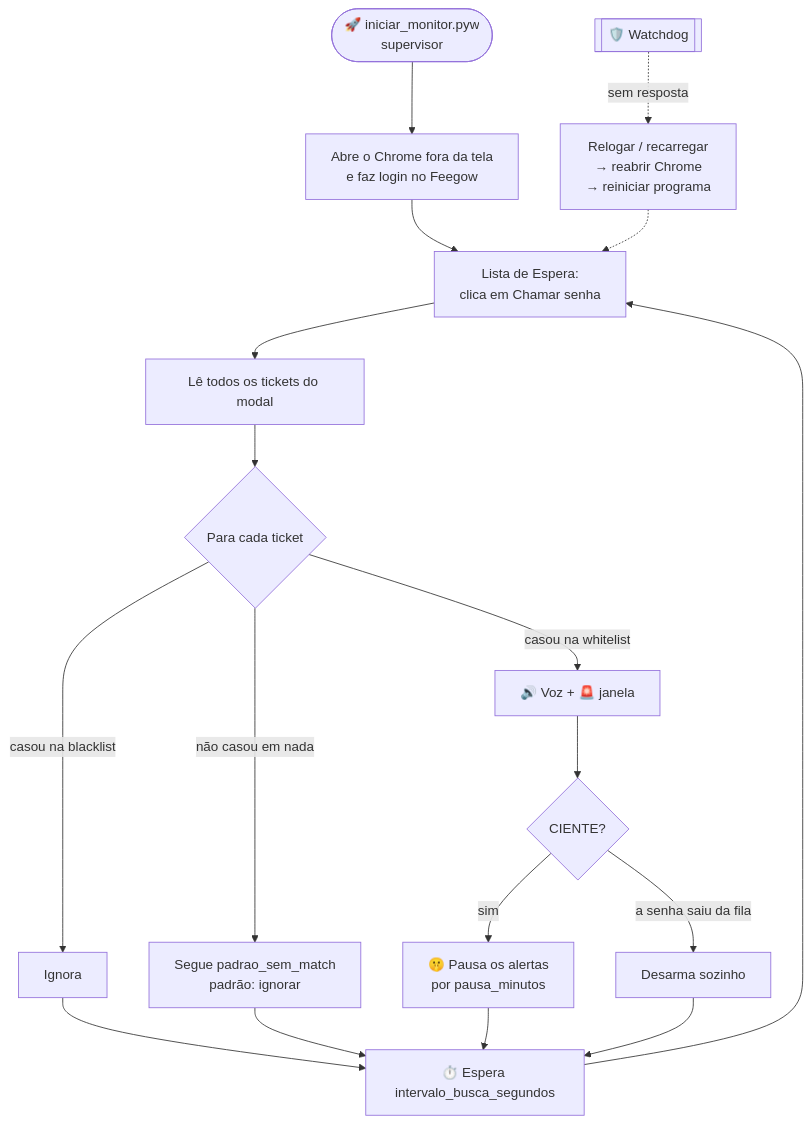
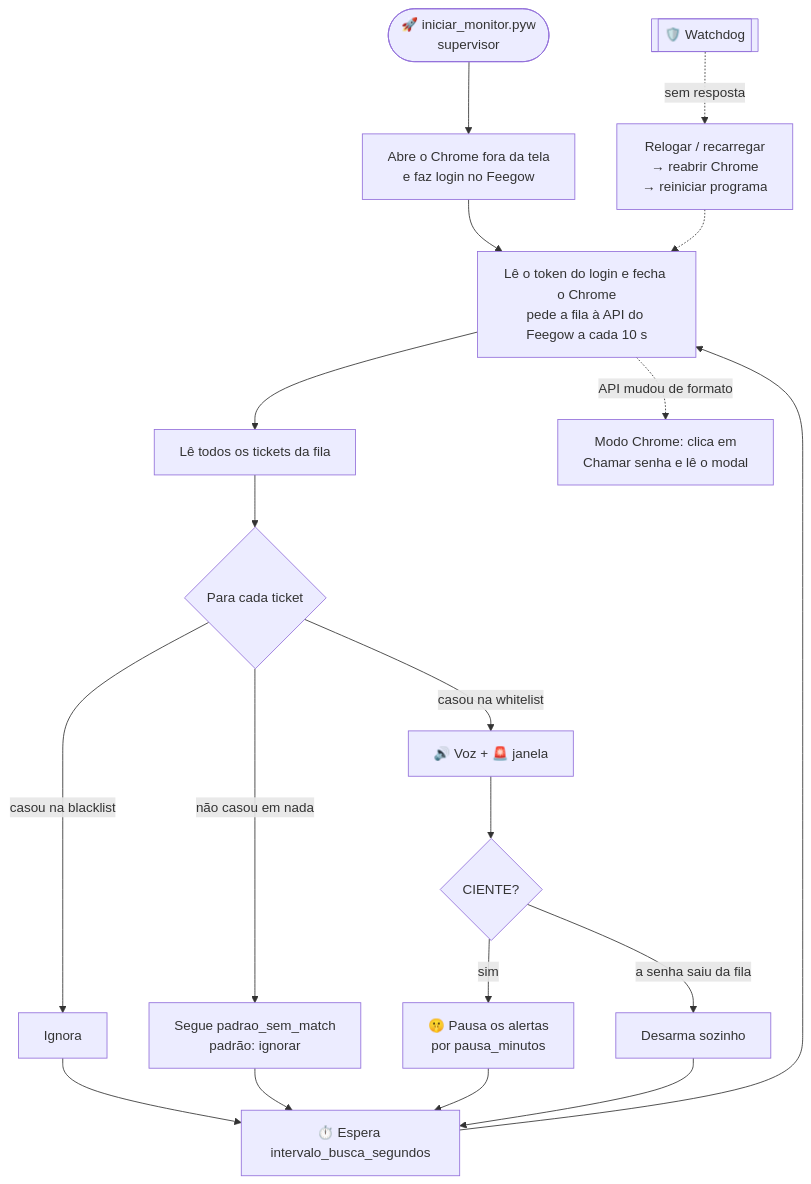
Before and after one commit to Nicker2/script-monitoramento: the diagram in README.md, drawn with Mermaid. The commit also changed other lines of this file and 6 other files, not shown here.

First line of the commit message:
feat: modo requisicao - fila direto da API do Feegow com o Chrome fechado (2.3.0)

````diff
--- a/README.md
+++ b/README.md
@@ -78,21 +78,22 @@
 ```mermaid
 flowchart TD
     A([🚀 iniciar_monitor.pyw<br/>supervisor]) --> B[Abre o Chrome fora da tela<br/>e faz login no Feegow]
-    B --> C[Lista de Espera:<br/>clica em Chamar senha]
-    C --> D[Lê todos os tickets do modal]
+    B --> C[Lê o token do login e fecha o Chrome<br/>pede a fila à API do Feegow a cada 10 s]
+    C --> D[Lê todos os tickets da fila]
     D --> E{Para cada ticket}
     E -->|casou na whitelist| F[🔊 Voz + 🚨 janela]
     E -->|casou na blacklist| G[Ignora]
     E -->|não casou em nada| H[Segue padrao_sem_match<br/>padrão: ignorar]
     F --> I{CIENTE?}
     I -->|sim| J[🤫 Pausa os alertas<br/>por pausa_minutos]
     I -->|a senha saiu da fila| K[Desarma sozinho]
     G --> L[⏱️ Espera intervalo_busca_segundos]
     H --> L
     J --> L
     K --> L
     L --> C
 
+    C -. API mudou de formato .-> X[Modo Chrome: clica em<br/>Chamar senha e lê o modal]
     W[[🛡️ Watchdog]] -. sem resposta .-> R[Relogar / recarregar<br/>→ reabrir Chrome<br/>→ reiniciar programa]
     R -.-> C
 ```
````
